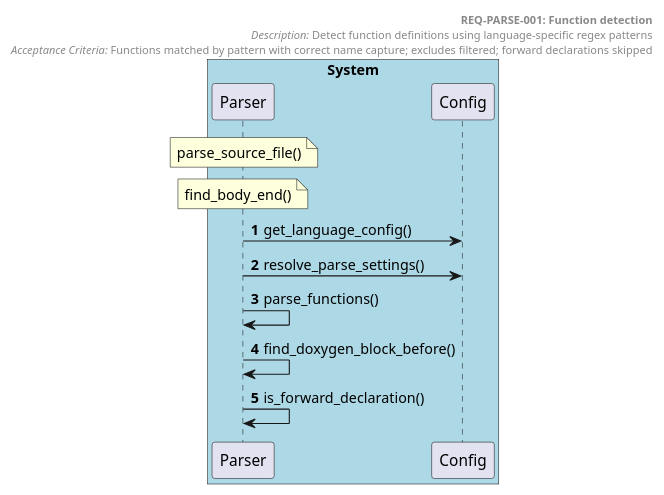
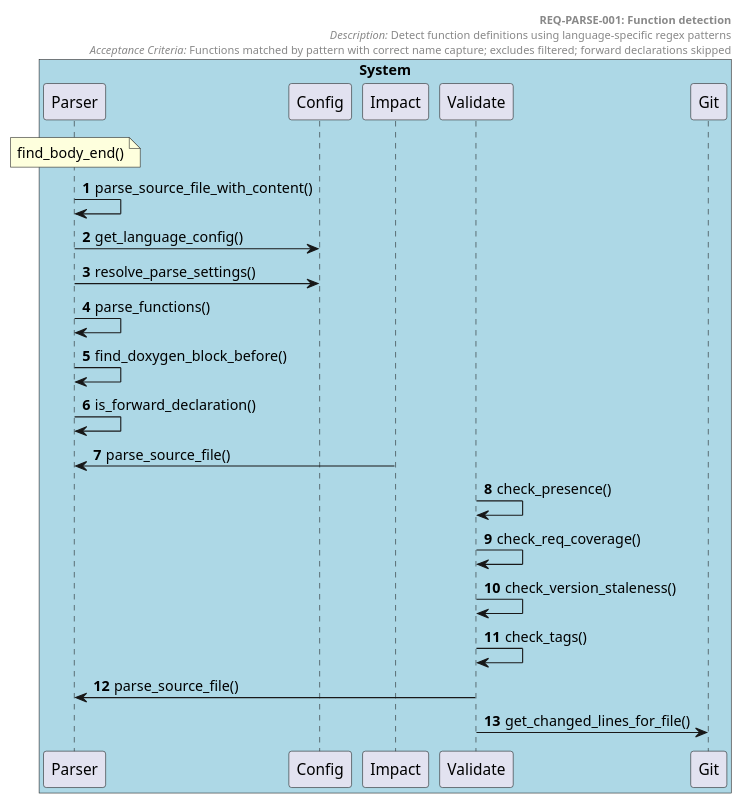
Before and after one commit to tvanfossen/doxygen-guard: the diagram in docs/generated/sequences/REQ-PARSE-001.puml, drawn with PlantUML. The commit also changed 21 other files, not shown here.

First line of the commit message:
Resolve adversarial findings: security, observability, diagram quality, README

```diff
--- a/docs/generated/sequences/REQ-PARSE-001.puml
+++ b/docs/generated/sequences/REQ-PARSE-001.puml
@@ -1,24 +1,34 @@
 @startuml REQ-PARSE-001 Function detection
 autonumber
 
 box "System" #LightBlue
   participant "Parser" as Parser
   participant "Config" as Config
+  participant "Impact" as Impact
+  participant "Validate" as Validate
+  participant "Git" as Git
 end box
 
 header
   **REQ-PARSE-001: Function detection**
   //Description:// Detect function definitions using language-specific regex patterns
   //Acceptance Criteria:// Functions matched by pattern with correct name capture; excludes filtered; forward declarations skipped
 end header
 
-note over Parser: parse_source_file()
 note over Parser: find_body_end()
 
+Parser -> Parser: parse_source_file_with_content()
 Parser -> Config: get_language_config()
 Parser -> Config: resolve_parse_settings()
 Parser -> Parser: parse_functions()
 Parser -> Parser: find_doxygen_block_before()
 Parser -> Parser: is_forward_declaration()
+Impact -> Parser: parse_source_file()
+Validate -> Validate: check_presence()
+Validate -> Validate: check_req_coverage()
+Validate -> Validate: check_version_staleness()
+Validate -> Validate: check_tags()
+Validate -> Parser: parse_source_file()
+Validate -> Git: get_changed_lines_for_file()
 
 @enduml
```
